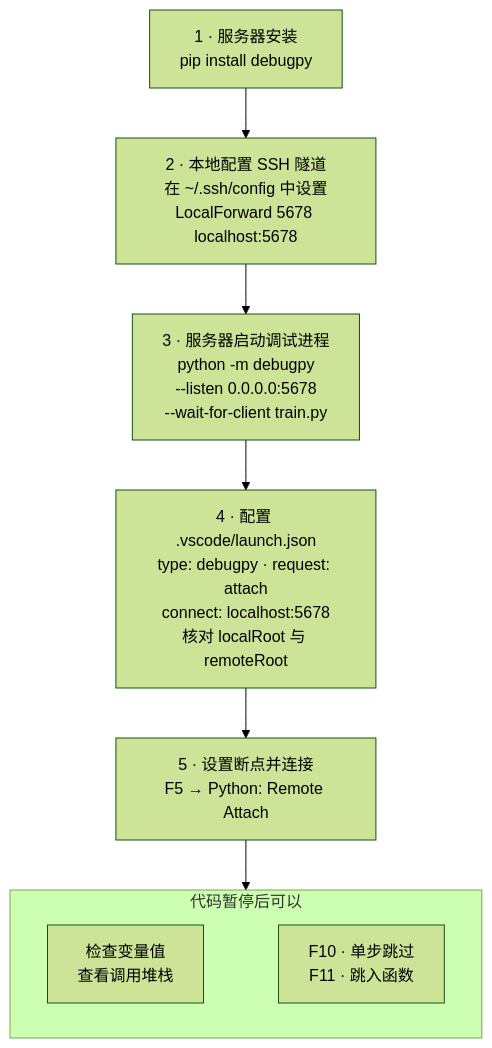
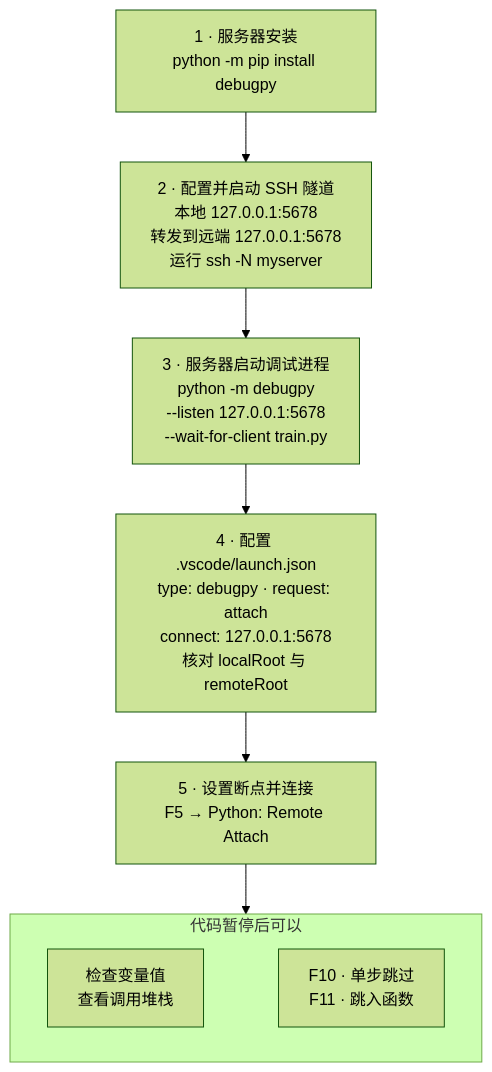
Before and after one commit to Jackie-Daddy/Lab-Tutorial: the diagram in diagrams/zh/debugpy-steps.mmd, drawn with Mermaid (forest theme). The commit also changed 77 other files, not shown here.

```diff
--- a/diagrams/zh/debugpy-steps.mmd
+++ b/diagrams/zh/debugpy-steps.mmd
@@ -1,16 +1,16 @@
 flowchart TB
   accTitle: 五步配置远程 Python 调试
   accDescr: 先在服务器安装 debugpy，再配置本地 SSH 端口转发并连接服务器。启动等待客户端的调试进程，设置编辑器的附加连接和路径映射，最后打断点并按 F5 连接，使用单步与变量检查功能。
-  install["1 · 服务器安装<br/>pip install debugpy"]
-  ssh["2 · 本地配置 SSH 隧道<br/>在 ~/.ssh/config 中设置<br/>LocalForward 5678 localhost:5678"]
-  start["3 · 服务器启动调试进程<br/>python -m debugpy<br/>--listen 0.0.0.0:5678<br/>--wait-for-client train.py"]
-  config["4 · 配置 .vscode/launch.json<br/>type: debugpy · request: attach<br/>connect: localhost:5678<br/>核对 localRoot 与 remoteRoot"]
+  install["1 · 服务器安装<br/>python -m pip install debugpy"]
+  ssh["2 · 配置并启动 SSH 隧道<br/>本地 127.0.0.1:5678<br/>转发到远端 127.0.0.1:5678<br/>运行 ssh -N myserver"]
+  start["3 · 服务器启动调试进程<br/>python -m debugpy<br/>--listen 127.0.0.1:5678<br/>--wait-for-client train.py"]
+  config["4 · 配置 .vscode/launch.json<br/>type: debugpy · request: attach<br/>connect: 127.0.0.1:5678<br/>核对 localRoot 与 remoteRoot"]
   attach["5 · 设置断点并连接<br/>F5 → Python: Remote Attach"]
   install --> ssh --> start --> config --> attach
   subgraph inspection["代码暂停后可以"]
     direction LR
     variables["检查变量值<br/>查看调用堆栈"]
     stepping["F10 · 单步跳过<br/>F11 · 跳入函数"]
     variables ~~~ stepping
   end
   attach --> inspection
```
